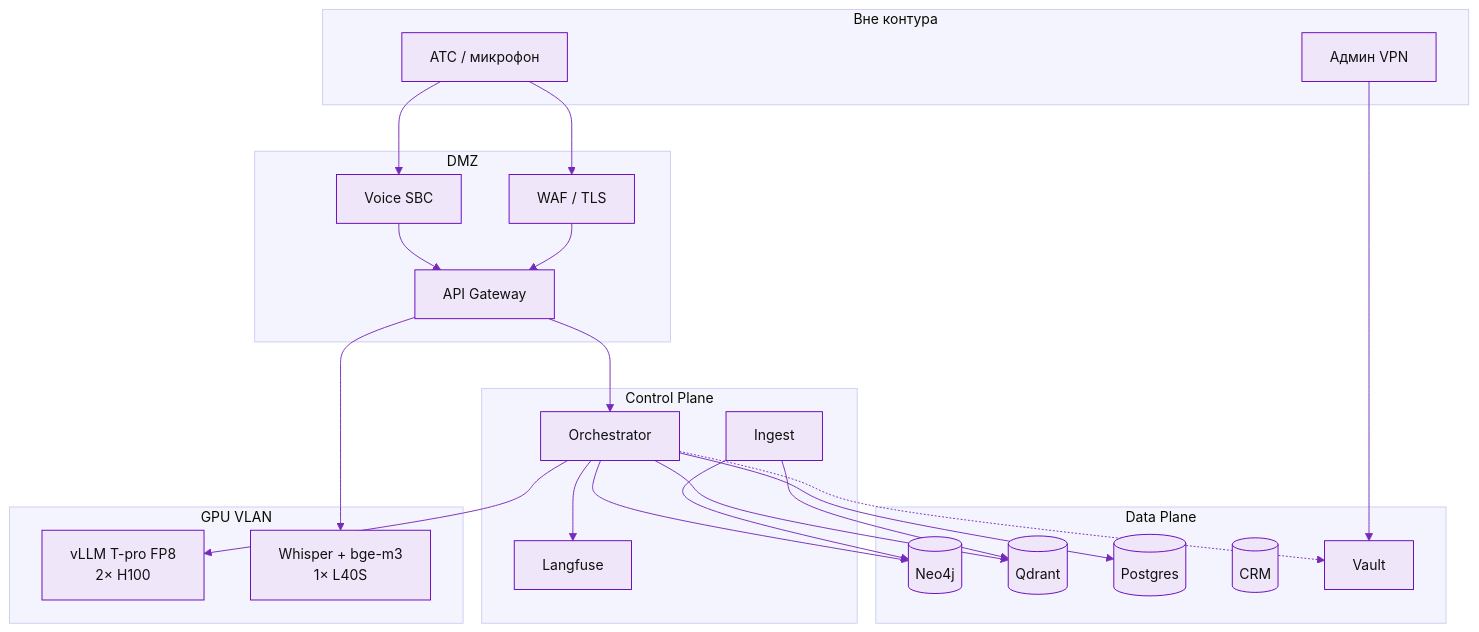
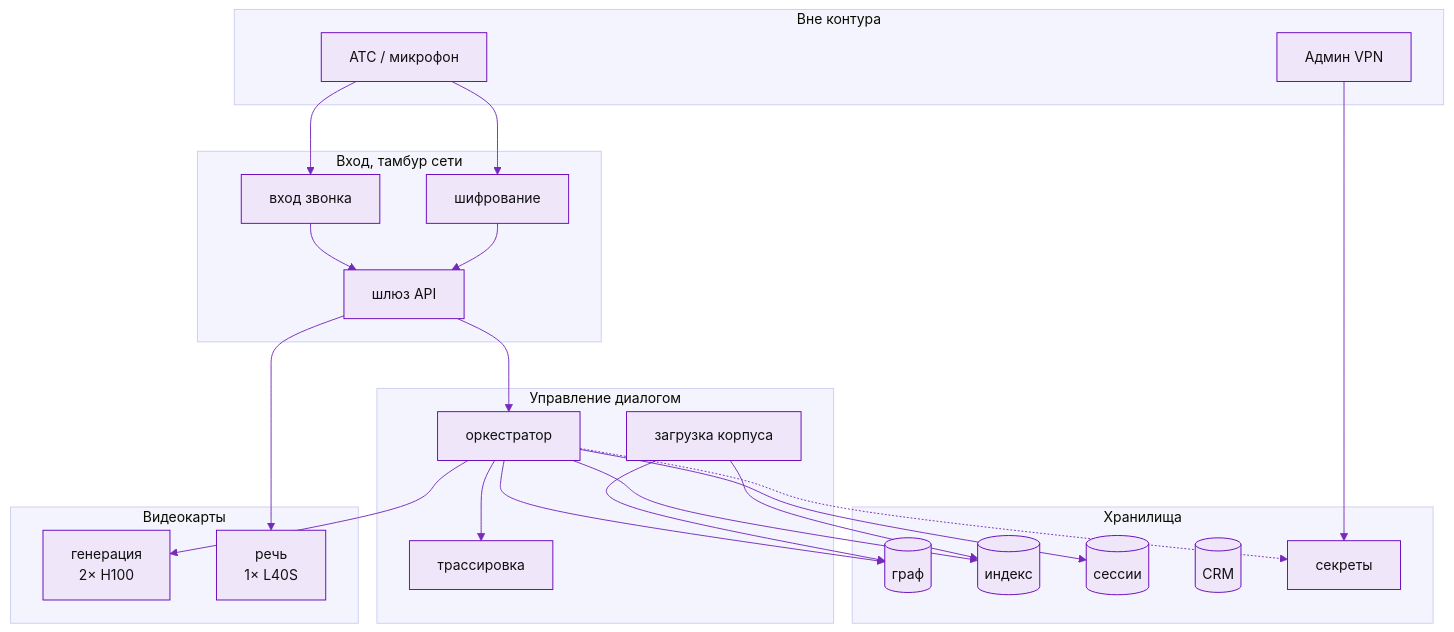
Before and after one commit to divisee/otus-ai-architect: the diagram in final-project/slides/deployment.mmd, drawn with Mermaid. The commit also changed 2 other files, not shown here.

```diff
--- a/final-project/slides/deployment.mmd
+++ b/final-project/slides/deployment.mmd
@@ -1,43 +1,43 @@
 %%{init: {'theme':'base','themeVariables':{'primaryColor':'#efe6fa','primaryTextColor':'#111111','primaryBorderColor':'#6402ba','lineColor':'#7629ba','secondaryColor':'#fff4e5','tertiaryColor':'#f4f4ff','fontFamily':'Roboto, Arial, sans-serif','fontSize':'15px','actorBkg':'#efe6fa','actorBorder':'#6402ba','actorTextColor':'#111111','signalColor':'#6402ba','signalTextColor':'#111111','noteBkgColor':'#fff4e5','noteBorderColor':'#ffab40'}}}%%
 
 flowchart TB
     subgraph INET["Вне контура"]
         TEL[АТС / микрофон]
         ADM[Админ VPN]
     end
-    subgraph DMZ["DMZ"]
-        WAF[WAF / TLS]
-        SIP[Voice SBC]
-        GW[API Gateway]
+    subgraph DMZ["Вход, тамбур сети"]
+        WAF[шифрование]
+        SIP[вход звонка]
+        GW[шлюз API]
     end
-    subgraph INT["Control Plane"]
-        ORCH[Orchestrator]
-        ING[Ingest]
-        LF[Langfuse]
+    subgraph INT["Управление диалогом"]
+        ORCH[оркестратор]
+        ING[загрузка корпуса]
+        LF[трассировка]
     end
-    subgraph DATA["Data Plane"]
-        NEO[(Neo4j)]
-        QD[(Qdrant)]
-        PG[(Postgres)]
+    subgraph DATA["Хранилища"]
+        NEO[(граф)]
+        QD[(индекс)]
+        PG[(сессии)]
         CRM[(CRM)]
-        VAULT[Vault]
+        VAULT[секреты]
     end
-    subgraph GPU["GPU VLAN"]
-        VLLM[vLLM T-pro FP8<br/>2× H100]
-        WHIS[Whisper + bge-m3<br/>1× L40S]
+    subgraph GPU["Видеокарты"]
+        VLLM[генерация<br/>2× H100]
+        WHIS[речь<br/>1× L40S]
     end
     TEL --> WAF
     TEL --> SIP
     SIP --> GW
     WAF --> GW
     GW --> ORCH
     ORCH --> NEO
     ORCH --> QD
     ORCH --> PG
     ORCH --> VLLM
     GW --> WHIS
     ING --> NEO
     ING --> QD
     ORCH --> LF
     ORCH -.-> VAULT
     ADM --> VAULT
```
